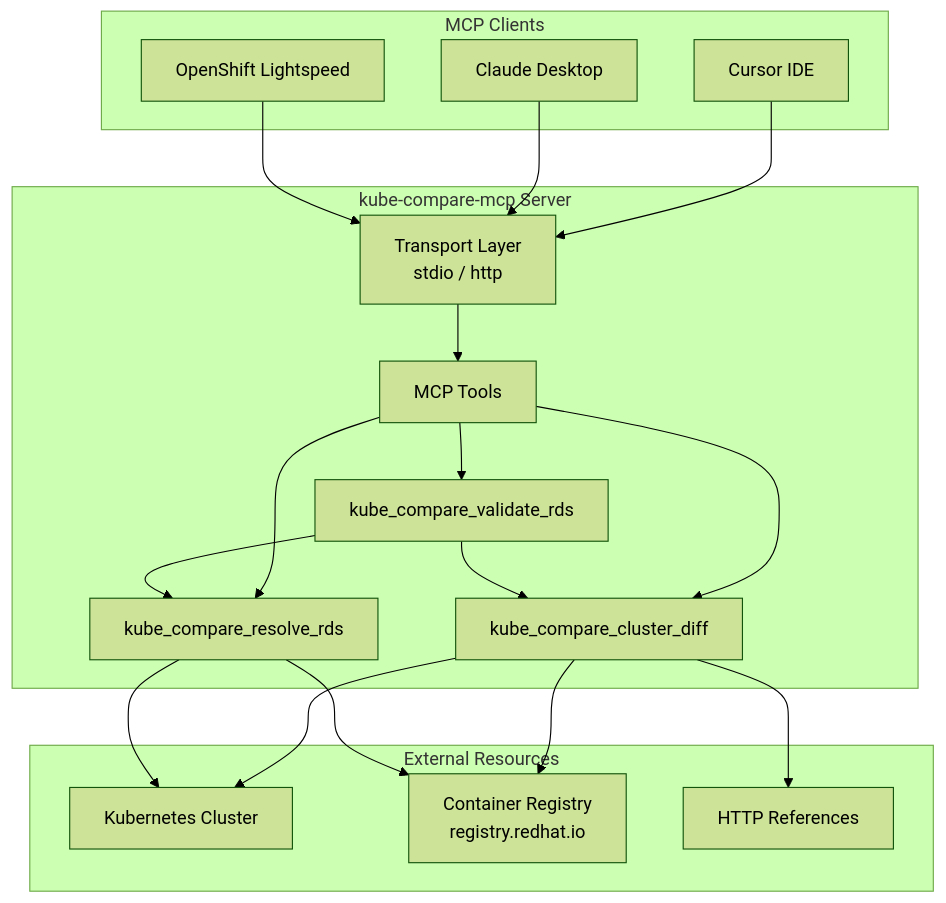
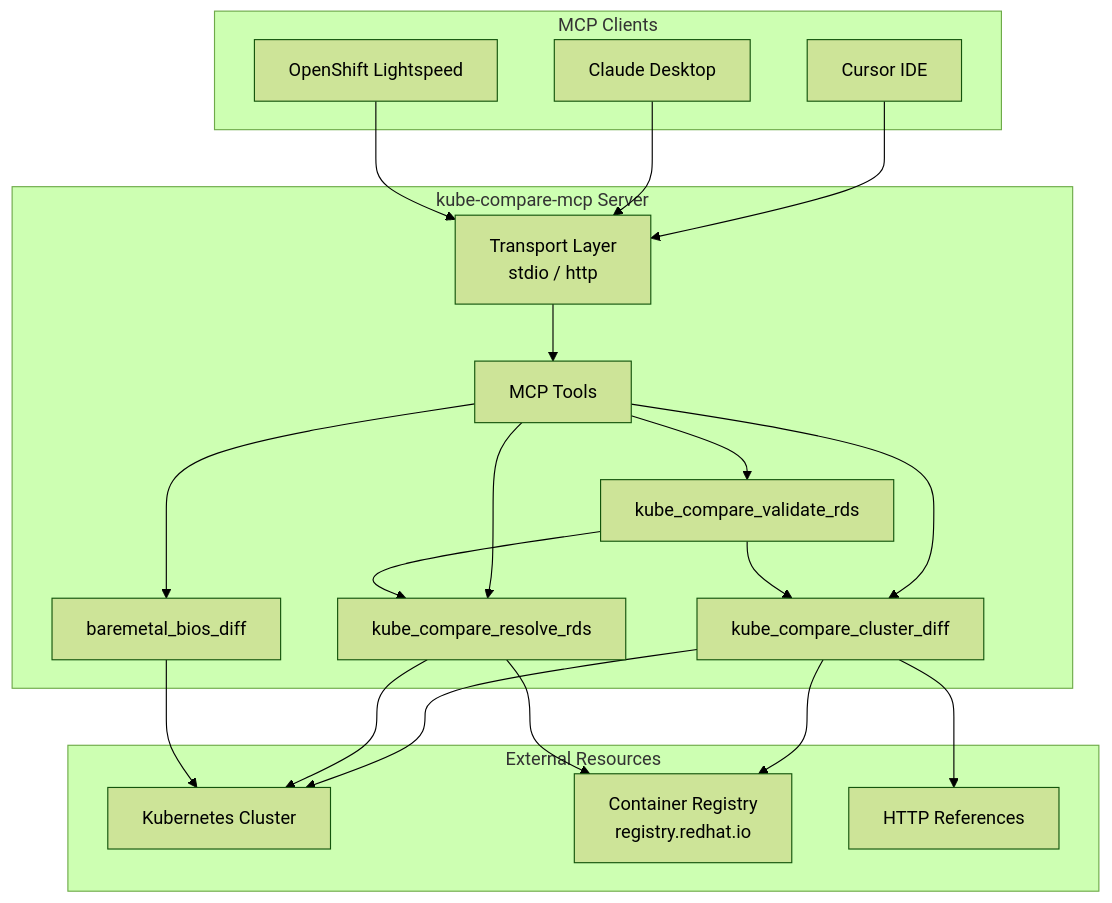
One commit to sakhoury/kube-compare-mcp changed the diagram in README.md. Above: the diagram before and after it, drawn with Mermaid (forest theme). The commit also changed other lines of this file and 21 other files, not shown here.

First line of the commit message:
Add kube_compare_bios_diff tool for bare metal BIOS compliance

````diff
--- a/README.md
+++ b/README.md
@@ -39,37 +42,40 @@
 ```mermaid
 flowchart TB
     subgraph clients [MCP Clients]
         Cursor[Cursor IDE]
         Claude[Claude Desktop]
         OLS[OpenShift Lightspeed]
     end
 
     subgraph server [kube-compare-mcp Server]
         Transport[Transport Layer<br/>stdio / http]
         Tools[MCP Tools]
         Diff[kube_compare_cluster_diff]
         ResolveRDS[kube_compare_resolve_rds]
         ValidateRDS[kube_compare_validate_rds]
+        BIOSDiff[baremetal_bios_diff]
     end
 
     subgraph external [External Resources]
         K8sCluster[Kubernetes Cluster]
         Registry[Container Registry<br/>registry.redhat.io]
         HTTPRef[HTTP References]
     end
 
     Cursor --> Transport
     Claude --> Transport
     OLS --> Transport
     Transport --> Tools
     Tools --> Diff
     Tools --> ResolveRDS
     Tools --> ValidateRDS
+    Tools --> BIOSDiff
     Diff --> K8sCluster
     Diff --> Registry
     Diff --> HTTPRef
     ResolveRDS --> K8sCluster
     ResolveRDS --> Registry
     ValidateRDS --> Diff
     ValidateRDS --> ResolveRDS
+    BIOSDiff --> K8sCluster
 ```
````
